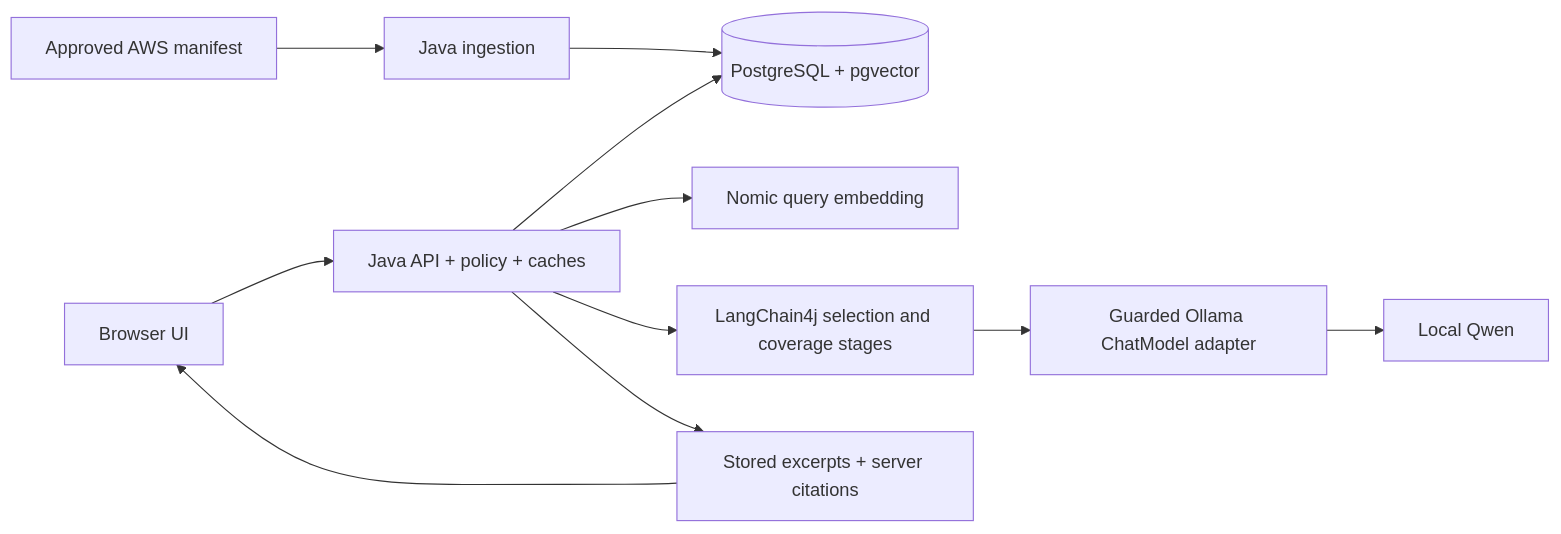
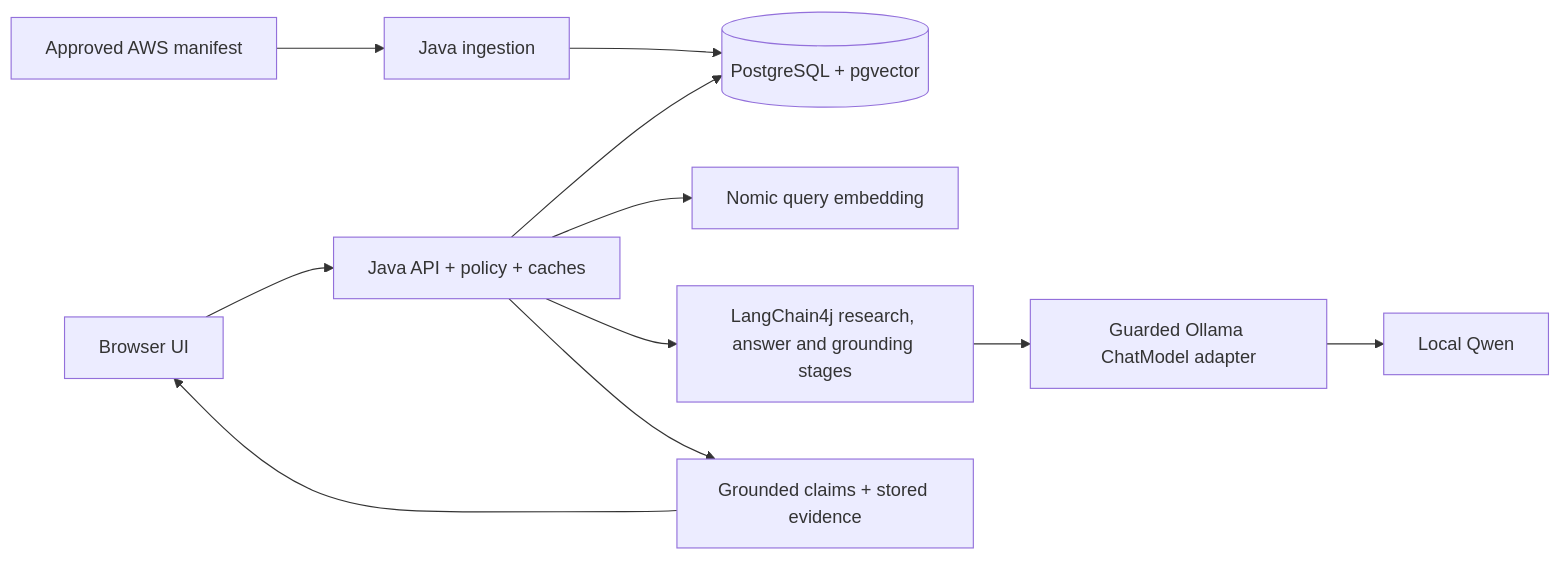
One commit to arpanc7/aws-tech-support-agent changed the diagram in README.md. Above: the diagram before and after it, drawn with Mermaid. The commit also changed other lines of this file and 34 other files, not shown here.

````diff
--- a/README.md
+++ b/README.md
@@ -13,13 +13,13 @@
 ```mermaid
 flowchart LR
     Browser[Browser UI] --> Java[Java API + policy + caches]
     Java --> DB[(PostgreSQL + pgvector)]
     Java --> Embed[Nomic query embedding]
-    Java --> Stages[LangChain4j selection and coverage stages]
+    Java --> Stages[LangChain4j research, answer and grounding stages]
     Stages --> Guard[Guarded Ollama ChatModel adapter]
     Guard --> Qwen[Local Qwen]
     Manifest[Approved AWS manifest] --> Ingest[Java ingestion]
     Ingest --> DB
-    Java --> Answer[Stored excerpts + server citations]
+    Java --> Answer[Grounded claims + stored evidence]
     Answer --> Browser
 ```
````
